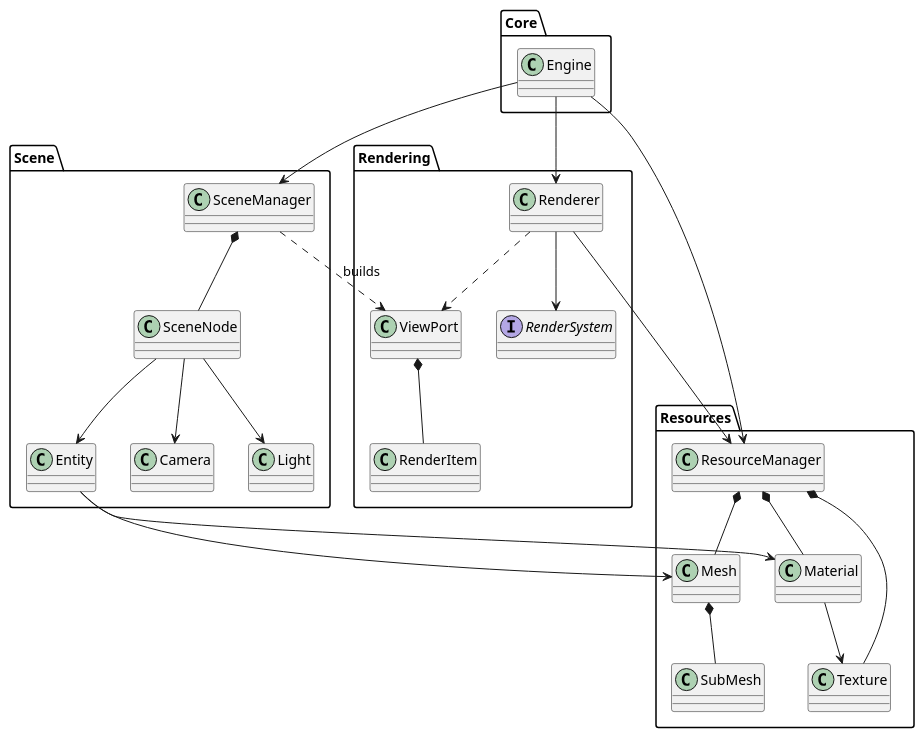
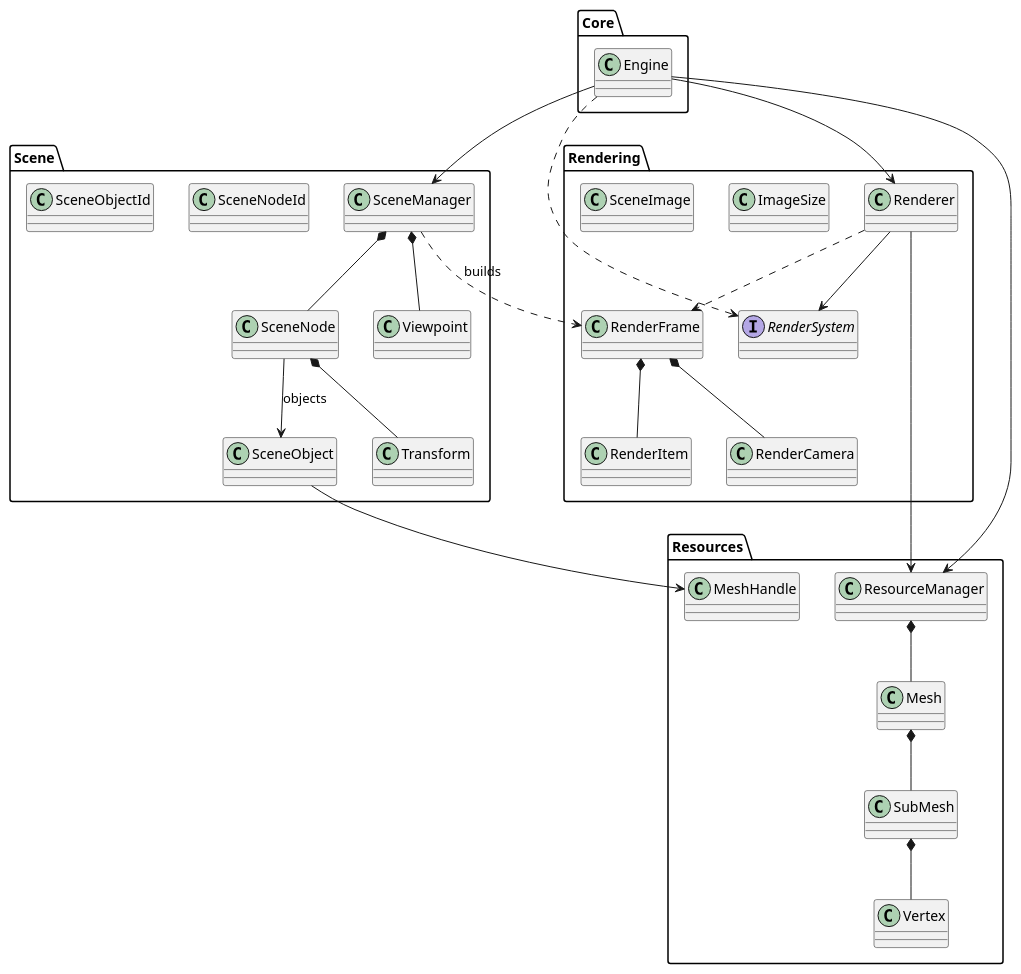
One commit to BFGEG/BFGE changed the first of 5 diagrams in docs/FREAK_Engine_Architecture.md. Above: the diagram before and after it, drawn with PlantUML. The commit also changed other lines of this file and 2 other files, not shown here.

````diff
--- a/docs/FREAK_Engine_Architecture.md
+++ b/docs/FREAK_Engine_Architecture.md
@@ -1083,61 +1007,62 @@
 ```plantuml
 @startuml
 
 package Core {
     class Engine
 }
 
 package Scene {
     class SceneManager
     class SceneNode
+    class SceneObject
+    class Viewpoint
 
-    class Entity
-    class Camera
-    class Light
+    class Transform
+    class SceneNodeId
+    class SceneObjectId
 }
 
 package Resources {
     class ResourceManager
     class Mesh
     class SubMesh
-    class Material
-    class Texture
+    class Vertex
+    class MeshHandle
 }
 
 package Rendering {
-    class ViewPort
+    class RenderFrame
     class RenderItem
+    class RenderCamera
 
     interface RenderSystem
     class Renderer
+    class ImageSize
+    class SceneImage
 }
 
 Engine --> SceneManager
 Engine --> ResourceManager
 Engine --> Renderer
+Engine ..> RenderSystem
 
 SceneManager *-- SceneNode
-
-SceneNode --> Entity
-SceneNode --> Camera
-SceneNode --> Light
-
-Entity --> Mesh
-Entity --> Material
+SceneManager *-- Viewpoint
+SceneNode --> SceneObject : objects
+SceneObject --> MeshHandle
+SceneNode *-- Transform
 
 ResourceManager *-- Mesh
-ResourceManager *-- Material
-ResourceManager *-- Texture
+Mesh *-- SubMesh
+SubMesh *-- Vertex
 
-Mesh *-- SubMesh
-Material --> Texture
-
-SceneManager ..> ViewPort : builds
-ViewPort *-- RenderItem
+SceneManager ..> RenderFrame : builds
+RenderFrame *-- RenderItem
+RenderFrame *-- RenderCamera
 
 Renderer --> RenderSystem
-Renderer ..> ViewPort
+Renderer ..> RenderFrame
 Renderer --> ResourceManager
 
 @enduml
 ```
````
